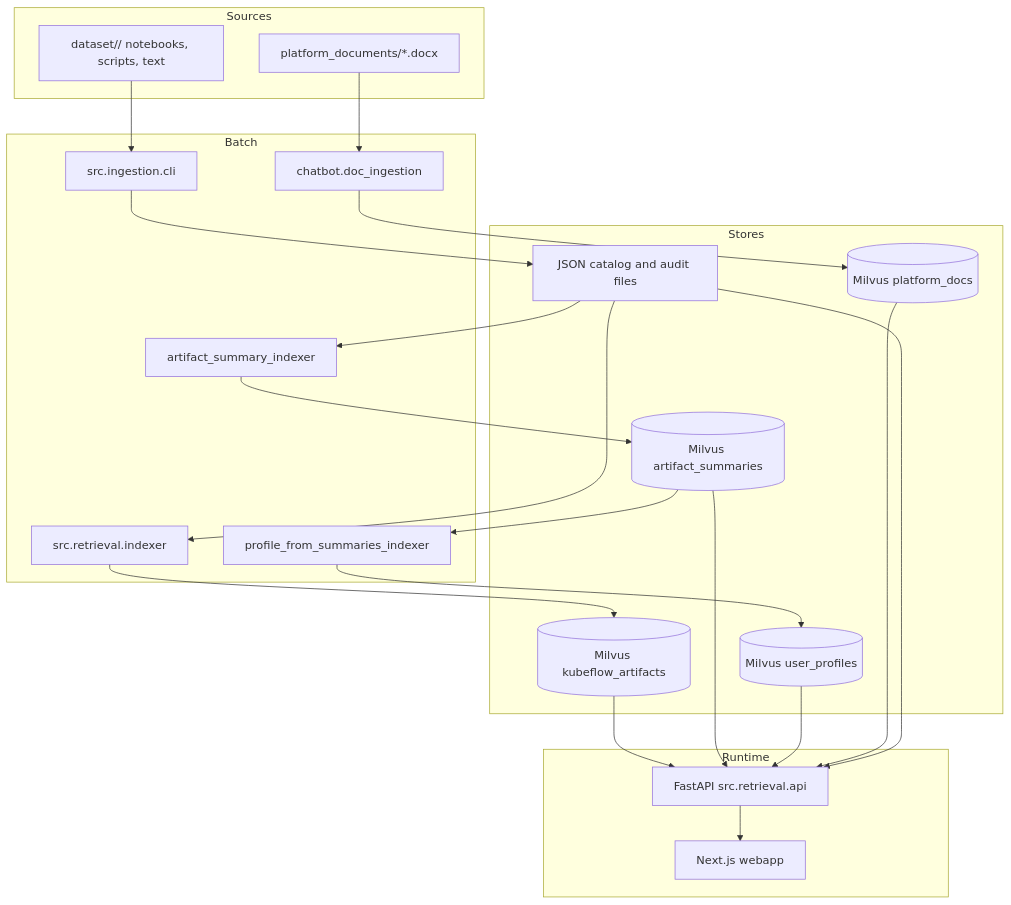
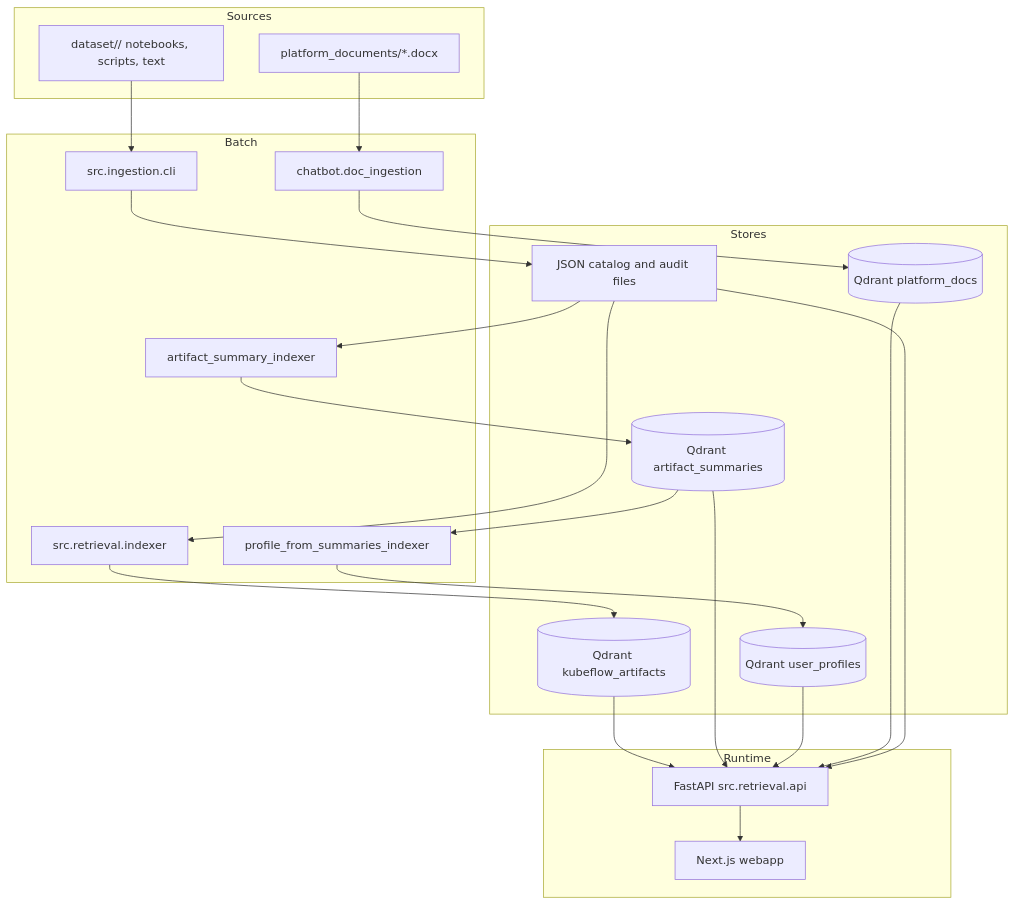
The first of 3 diagrams in docs/04-ARCHITECTURE.md (manishfromlko/Prism), drawn with Mermaid before and after one commit. The commit also changed other lines of this file and 66 other files, not shown here.

Commit message:
Migrating from Milvus to Qdrant backend db

````diff
--- a/docs/04-ARCHITECTURE.md
+++ b/docs/04-ARCHITECTURE.md
@@ -5,40 +5,40 @@
 ```mermaid
 flowchart TB
     subgraph Sources
         dataset["dataset/<workspace>/ notebooks, scripts, text"]
         platformDocs["platform_documents/*.docx"]
     end
 
     subgraph Batch
         ingestion["src.ingestion.cli"]
         artifactIndexer["src.retrieval.indexer"]
         summaryIndexer["artifact_summary_indexer"]
         profileIndexer["profile_from_summaries_indexer"]
         docIngestion["chatbot.doc_ingestion"]
     end
 
     subgraph Stores
         catalog["JSON catalog and audit files"]
-        artifacts[(Milvus kubeflow_artifacts)]
-        summaries[(Milvus artifact_summaries)]
-        profiles[(Milvus user_profiles)]
-        docs[(Milvus platform_docs)]
+        artifacts[(Qdrant kubeflow_artifacts)]
+        summaries[(Qdrant artifact_summaries)]
+        profiles[(Qdrant user_profiles)]
+        docs[(Qdrant platform_docs)]
     end
 
     subgraph Runtime
         fastapi["FastAPI src.retrieval.api"]
         next["Next.js webapp"]
     end
 
     dataset --> ingestion --> catalog
     catalog --> artifactIndexer --> artifacts
     catalog --> summaryIndexer --> summaries
     summaries --> profileIndexer --> profiles
     platformDocs --> docIngestion --> docs
     artifacts --> fastapi
     summaries --> fastapi
     profiles --> fastapi
     docs --> fastapi
     catalog --> fastapi
     fastapi --> next
 ```
````
